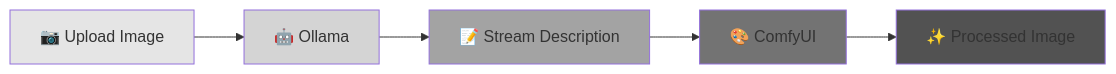
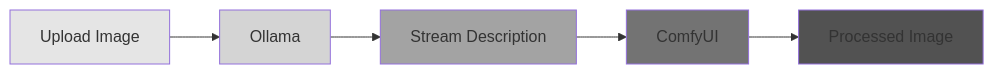
The first of 4 diagrams in README.md (johnnaumann/anthroposcenic_001), drawn with Mermaid before and after one commit. The commit also changed other lines of this file and 1 other file, not shown here.

Commit message:
Update documentation to enforce monotone styling: remove emojis from README and .cursorrules, replace with text-based indicators, and ensure diagrams adhere to grayscale standards.

````diff
--- a/README.md
+++ b/README.md
@@ -7,13 +7,13 @@
 ```mermaid
 flowchart LR
-    A[📷 Upload Image] --> B[🤖 Ollama]
-    B --> C[📝 Stream Description]
-    C --> D[🎨 ComfyUI]
-    D --> E[✨ Processed Image]
+    A[Upload Image] --> B[Ollama]
+    B --> C[Stream Description]
+    C --> D[ComfyUI]
+    D --> E[Processed Image]
     
     style A fill:#e5e5e5
     style B fill:#d4d4d4
     style C fill:#a3a3a3
     style D fill:#737373
     style E fill:#525252
 ```
````
